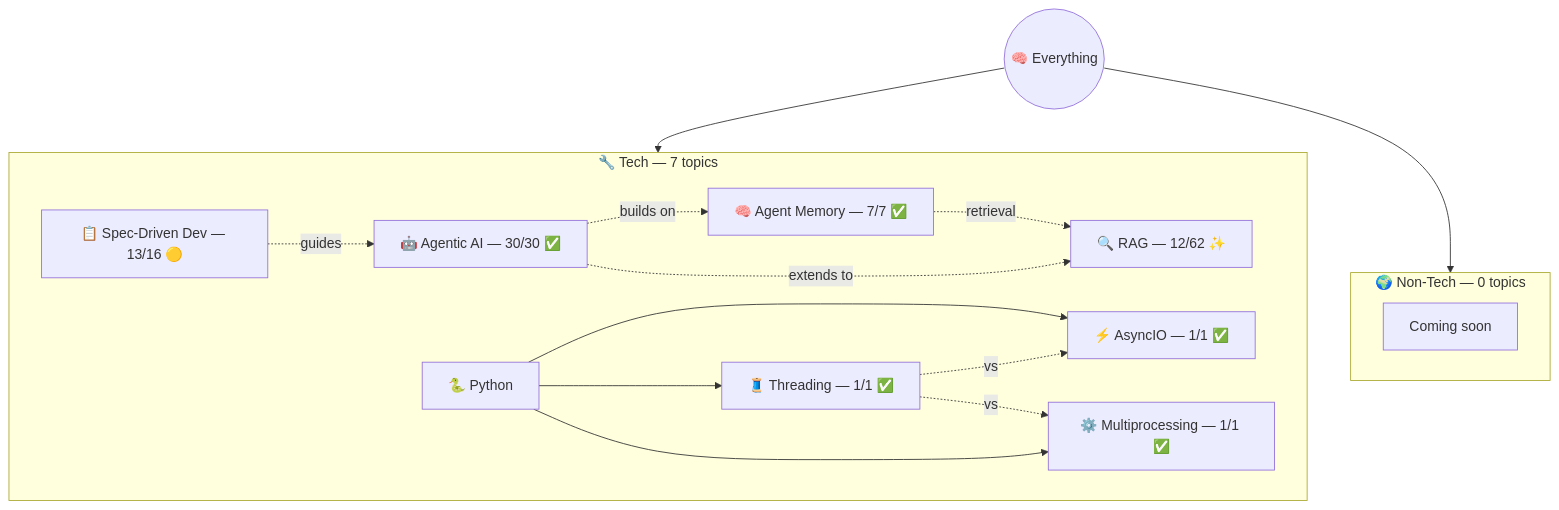
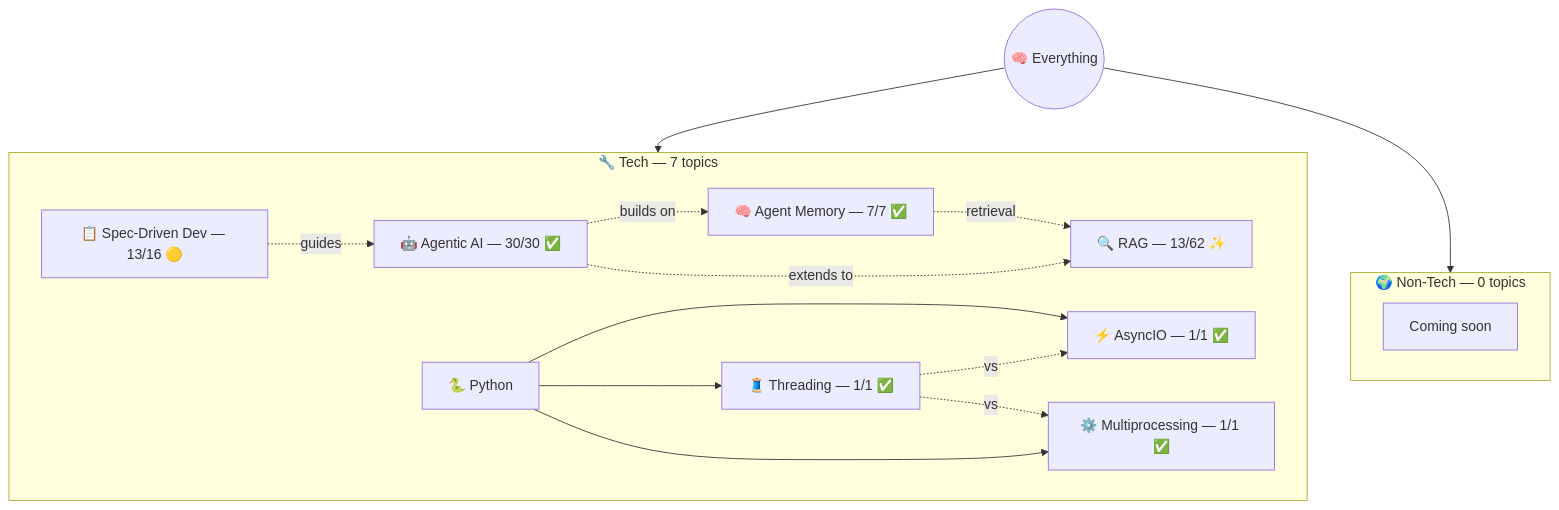
One commit to AyushSonuu/my-memory changed the diagram in _maps/everything.md. Above: the diagram before and after it, drawn with Mermaid. The commit also changed other lines of this file and 266 other files, not shown here.

````diff
--- a/_maps/everything.md
+++ b/_maps/everything.md
@@ -5,28 +5,28 @@
 ```mermaid
 graph TB
     ROOT(("🧠 Everything"))
     
     subgraph TECH ["🔧 Tech — 7 topics"]
         AG["🤖 Agentic AI — 30/30 ✅"]
         AM["🧠 Agent Memory — 7/7 ✅"]
-        RAG["🔍 RAG — 12/62 ✨"]
+        RAG["🔍 RAG — 13/62 ✨"]
         SDD["📋 Spec-Driven Dev — 13/16 🟡"]
         PY["🐍 Python"]
         PY --> AIO["⚡ AsyncIO — 1/1 ✅"]
         PY --> THR["🧵 Threading — 1/1 ✅"]
         PY --> MP["⚙️ Multiprocessing — 1/1 ✅"]
         AG -.->|"builds on"| AM
         AM -.->|"retrieval"| RAG
         AG -.->|"extends to"| RAG
         SDD -.->|"guides"| AG
         THR -.->|"vs"| AIO
         THR -.->|"vs"| MP
     end
 
     subgraph NT ["🌍 Non-Tech — 0 topics"]
         NTE["Coming soon"]
     end
 
     ROOT --> TECH
     ROOT --> NT
 ```
````
